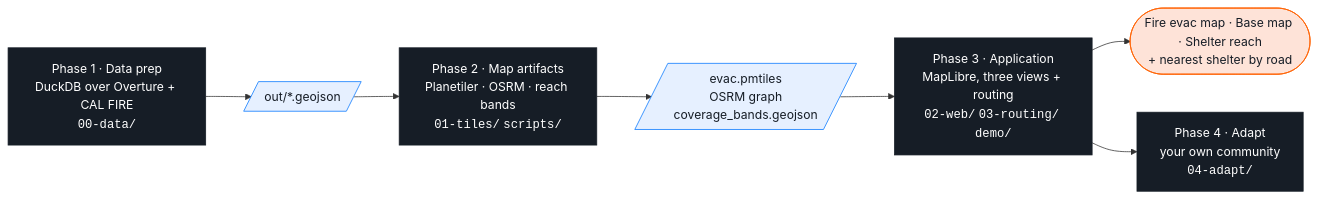
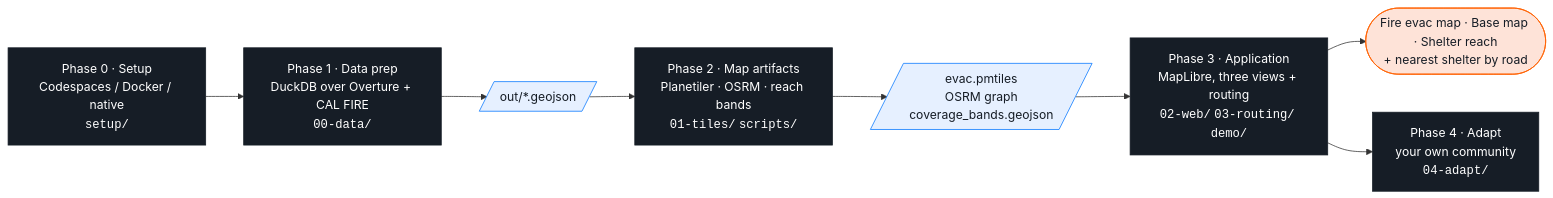
One commit to vishal4c/routes-to-safety-workshop changed the first of 6 diagrams in README.md. Above: the diagram before and after it, drawn with Mermaid. The commit also changed other lines of this file and 1 other file, not shown here.

Commit message:
README: five phases 0–4 with the agreed Phase / Name / Steps table; Phase 0 node in the overview diagram; Setup headed as Phase 0

````diff
--- a/README.md
+++ b/README.md
@@ -16,17 +16,18 @@
 ```mermaid
 flowchart LR
   classDef ph   fill:#161D26,stroke:#161D26,color:#FFFFFF
   classDef file fill:#E6F0FF,stroke:#0678FF,color:#161D26
   classDef out  fill:#FEE3D8,stroke:#FF6101,color:#161D26
 
+  P0["Phase 0 · Setup<br/>Codespaces / Docker / native<br/><code>setup/</code>"]:::ph
   P1["Phase 1 · Data prep<br/>DuckDB over Overture + CAL FIRE<br/><code>00-data/</code>"]:::ph
   P2["Phase 2 · Map artifacts<br/>Planetiler · OSRM · reach bands<br/><code>01-tiles/</code> <code>scripts/</code>"]:::ph
   P3["Phase 3 · Application<br/>MapLibre, three views + routing<br/><code>02-web/</code> <code>03-routing/</code> <code>demo/</code>"]:::ph
   P4["Phase 4 · Adapt<br/>your own community<br/><code>04-adapt/</code>"]:::ph
   A1[/"out/*.geojson"/]:::file
   A2[/"evac.pmtiles<br/>OSRM graph<br/>coverage_bands.geojson"/]:::file
   A3(["Fire evac map · Base map · Shelter reach<br/>+ nearest shelter by road"]):::out
 
-  P1 --> A1 --> P2 --> A2 --> P3 --> A3
+  P0 --> P1 --> A1 --> P2 --> A2 --> P3 --> A3
   P3 --> P4
 ```
````
